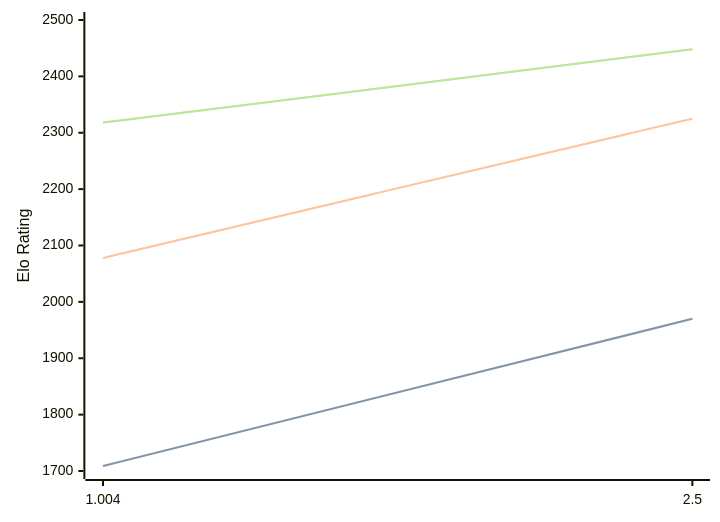
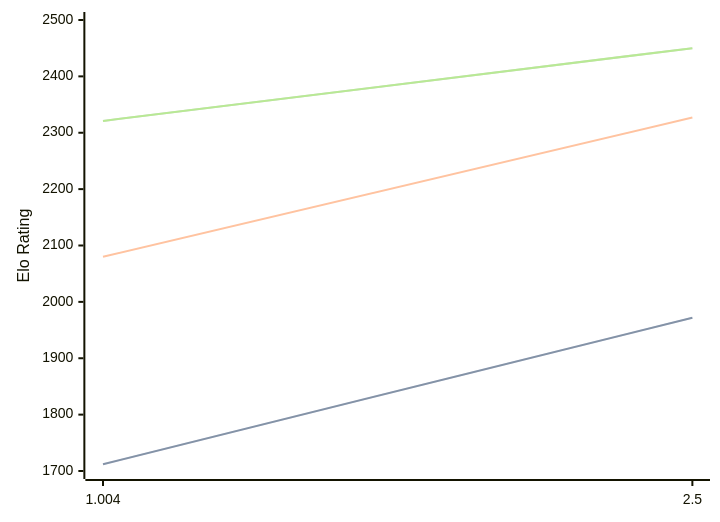
The diagram in engines/Ares.md (computer-chess-index/cci), drawn with Mermaid before and after one commit. The commit also changed other lines of this file, not shown here.

Commit message:
Update CCI Ratings (ELO VLTC) - 2026-09-24

````diff
--- a/engines/Ares.md
+++ b/engines/Ares.md
@@ -32,11 +32,11 @@
 ```mermaid
 %%{init: {"theme":"base","themeVariables":{"seriesColors:['#a3a3a3','#222221','#faa371']}}}%%
 xychart-beta
   x-axis ["1.004", "2.5"]
   y-axis "Elo Rating" 1700 --> 2500
-  line "" [1709, 1970]
-  line "STC (8.0+0.08s)" [1709, 1970]
-  line "LTC (60.0+0.60s)" [2078, 2325]
-  line "" [2318, 2448]
-  line "VLTC (2m24s+1.12s)" [2318, 2448]
+  line "" [1712, 1972]
+  line "STC (8.0+0.08s)" [1712, 1972]
+  line "LTC (60.0+0.60s)" [2080, 2327]
+  line "" [2321, 2450]
+  line "VLTC (2m24s+1.12s)" [2321, 2450]
 ```
````
